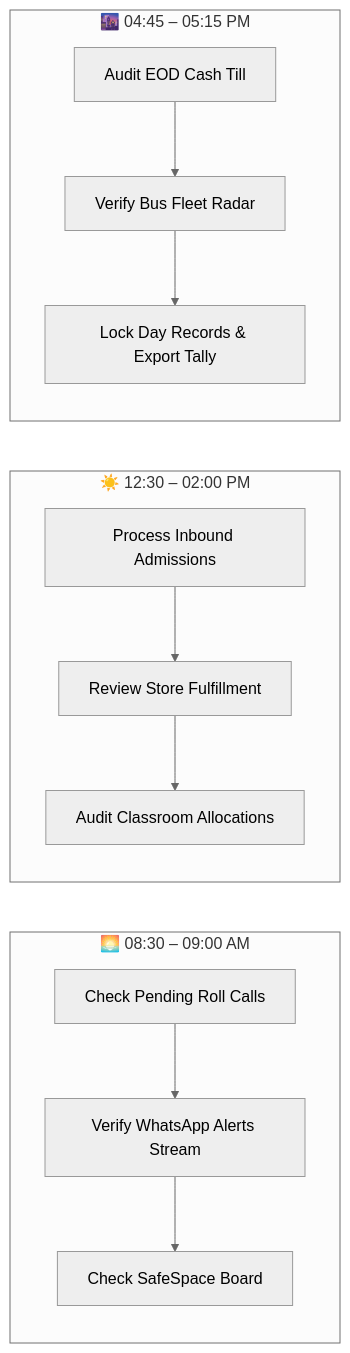
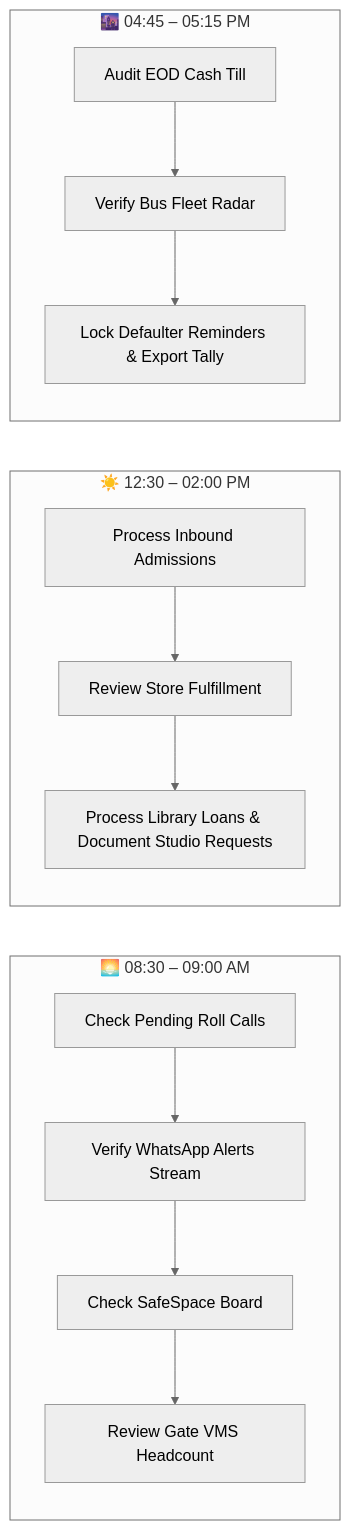
Before and after one commit to yasaswinisaisuryaprabhanagam-wq/Finkfold_Priyanka_School: the second of 2 diagrams in admin_portal_user_manual.md, drawn with Mermaid (neutral theme). The commit also changed other lines of this file and 23 other files, not shown here.

````diff
--- a/admin_portal_user_manual.md
+++ b/admin_portal_user_manual.md
@@ -670,12 +897,12 @@
 ```mermaid
 graph LR
     subgraph Morning ["🌅 08:30 – 09:00 AM"]
-        A1[Check Pending Roll Calls] --> A2[Verify WhatsApp Alerts Stream] --> A3[Check SafeSpace Board]
+        A1[Check Pending Roll Calls] --> A2[Verify WhatsApp Alerts Stream] --> A3[Check SafeSpace Board] --> A4[Review Gate VMS Headcount]
     end
     subgraph Midday ["☀️ 12:30 – 02:00 PM"]
-        B1[Process Inbound Admissions] --> B2[Review Store Fulfillment] --> B3[Audit Classroom Allocations]
+        B1[Process Inbound Admissions] --> B2[Review Store Fulfillment] --> B3[Process Library Loans & Document Studio Requests]
     end
     subgraph Evening ["🌆 04:45 – 05:15 PM"]
-        C1[Audit EOD Cash Till] --> C2[Verify Bus Fleet Radar] --> C3[Lock Day Records & Export Tally]
+        C1[Audit EOD Cash Till] --> C2[Verify Bus Fleet Radar] --> C3[Lock Defaulter Reminders & Export Tally]
     end
 ```
````
